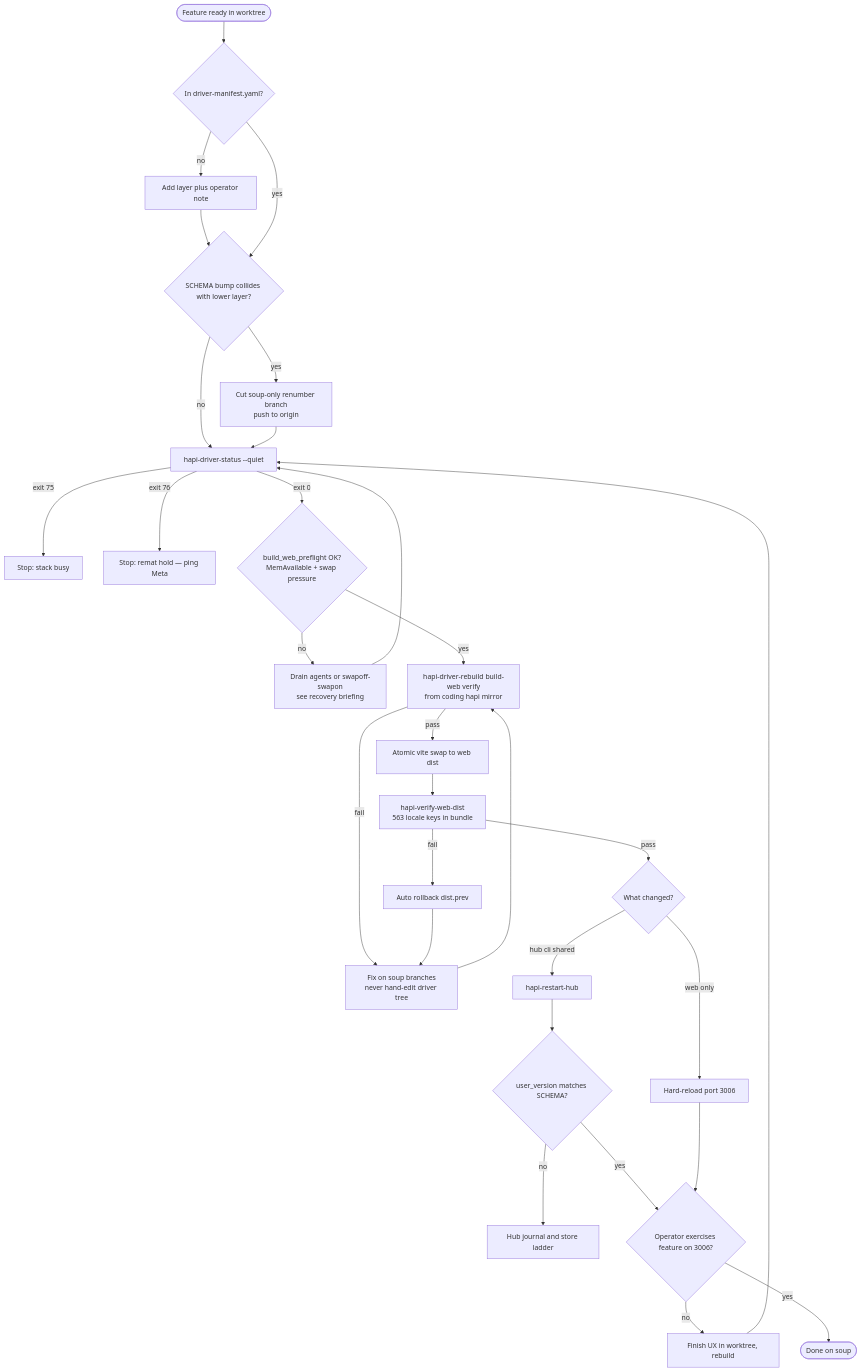
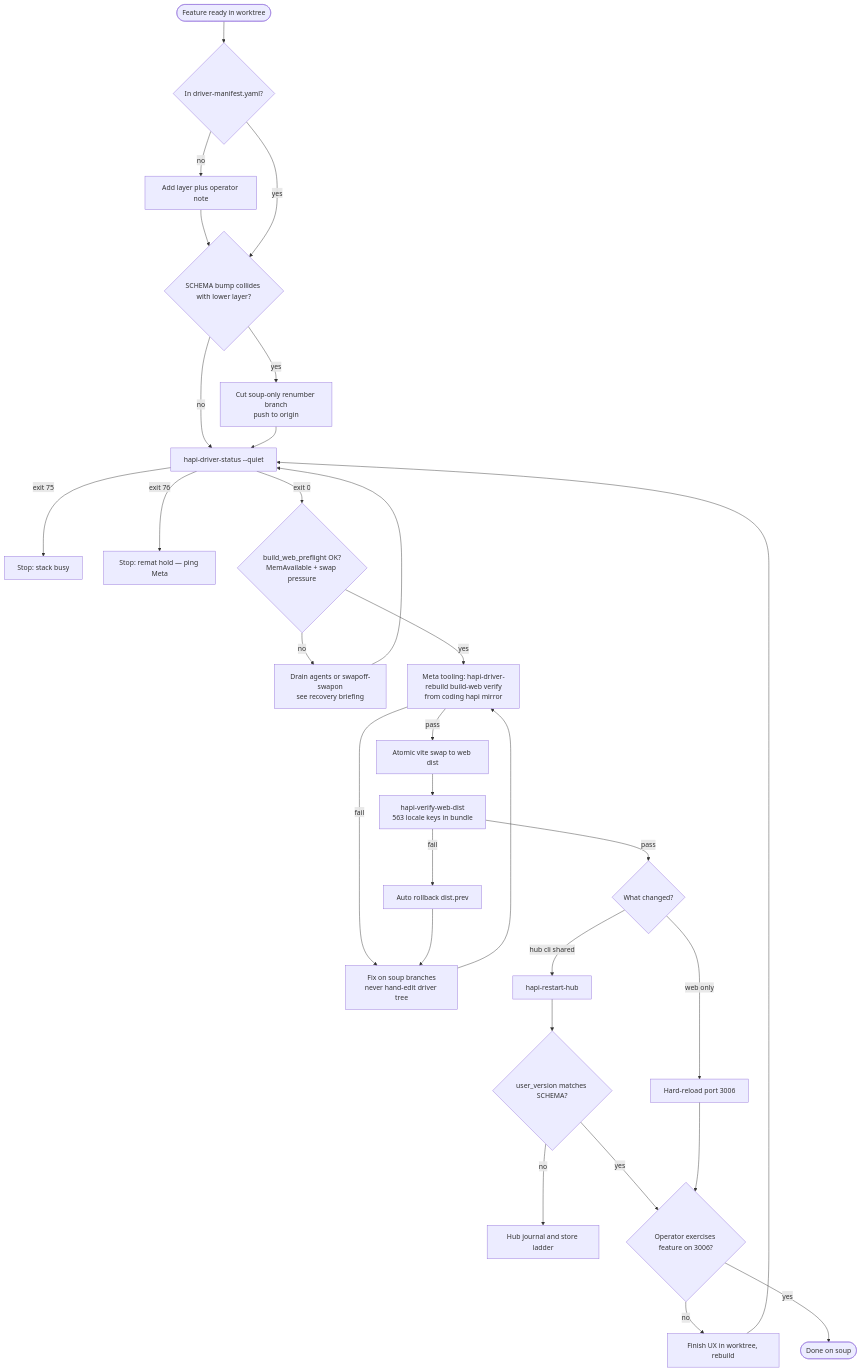
The second of 2 diagrams in docs/tooling/feature-work-lifecycle.md (heavygee/hapi), drawn with Mermaid before and after one commit. The commit also changed other lines of this file and 3 other files, not shown here.

First line of the commit message:
docs(tooling): soup compose is Meta lane; peers own layer+manifest only

````diff
--- a/docs/tooling/feature-work-lifecycle.md
+++ b/docs/tooling/feature-work-lifecycle.md
@@ -89,32 +89,32 @@
 ```mermaid
 flowchart TD
     START(["Feature ready in worktree"]) --> MANIFEST{"In driver-manifest.yaml?"}
     MANIFEST -->|no| ADD["Add layer plus operator note"]
     ADD --> COLLIDE
     MANIFEST -->|yes| COLLIDE{"SCHEMA bump collides with lower layer?"}
     COLLIDE -->|yes| RENUMBER["Cut soup-only renumber branch<br/>push to origin"]
     COLLIDE -->|no| PRECHECK
     RENUMBER --> PRECHECK["hapi-driver-status --quiet"]
     PRECHECK -->|exit 75| WAIT["Stop: stack busy"]
     PRECHECK -->|exit 76| HOLD["Stop: remat hold — ping Meta"]
     PRECHECK -->|exit 0| MEM{"build_web_preflight OK?<br/>MemAvailable + swap pressure"}
     MEM -->|no| MEMFIX["Drain agents or swapoff-swapon<br/>see recovery briefing"]
     MEMFIX --> PRECHECK
-    MEM -->|yes| REBUILD["hapi-driver-rebuild build-web verify<br/>from coding hapi mirror"]
+    MEM -->|yes| REBUILD["Meta tooling: hapi-driver-rebuild build-web verify<br/>from coding hapi mirror"]
     REBUILD -->|fail| FIX["Fix on soup branches<br/>never hand-edit driver tree"]
     FIX --> REBUILD
     REBUILD -->|pass| VITE["Atomic vite swap to web dist"]
     VITE --> VERIFY["hapi-verify-web-dist<br/>563 locale keys in bundle"]
     VERIFY -->|fail| ROLLBACK["Auto rollback dist.prev"]
     ROLLBACK --> FIX
     VERIFY -->|pass| WHAT{"What changed?"}
     WHAT -->|web only| WEBDONE["Hard-reload port 3006"]
     WHAT -->|hub cli shared| RESTART["hapi-restart-hub"]
     RESTART --> DB{"user_version matches SCHEMA?"}
     DB -->|no| DEBUG["Hub journal and store ladder"]
     DB -->|yes| PROOF{"Operator exercises feature on 3006?"}
     WEBDONE --> PROOF
     PROOF -->|no| IMPL2["Finish UX in worktree, rebuild"]
     IMPL2 --> PRECHECK
     PROOF -->|yes| DONE(["Done on soup"])
 ```
````
